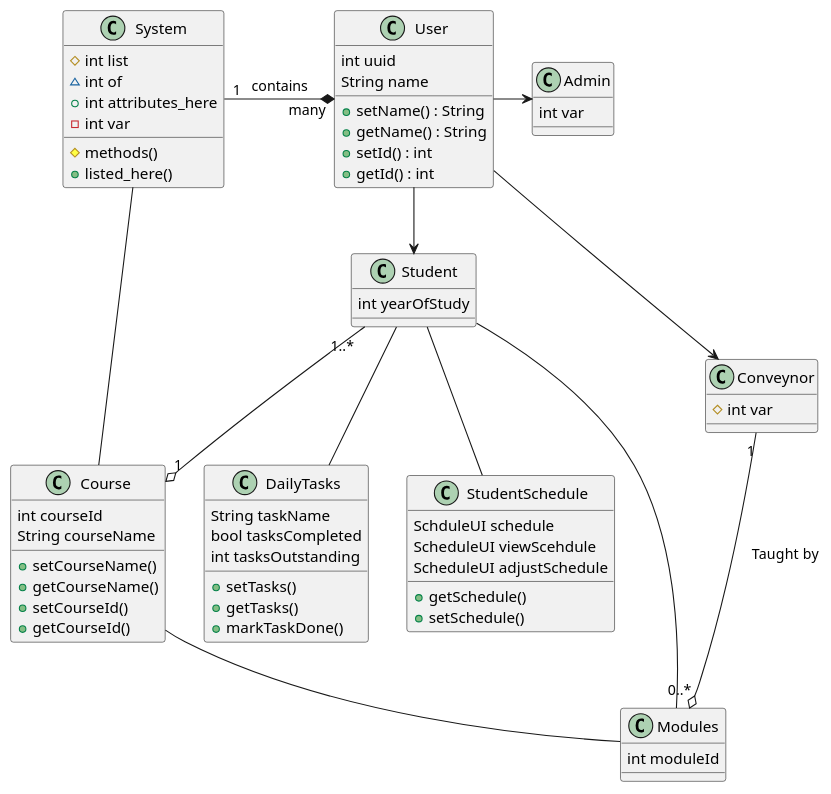
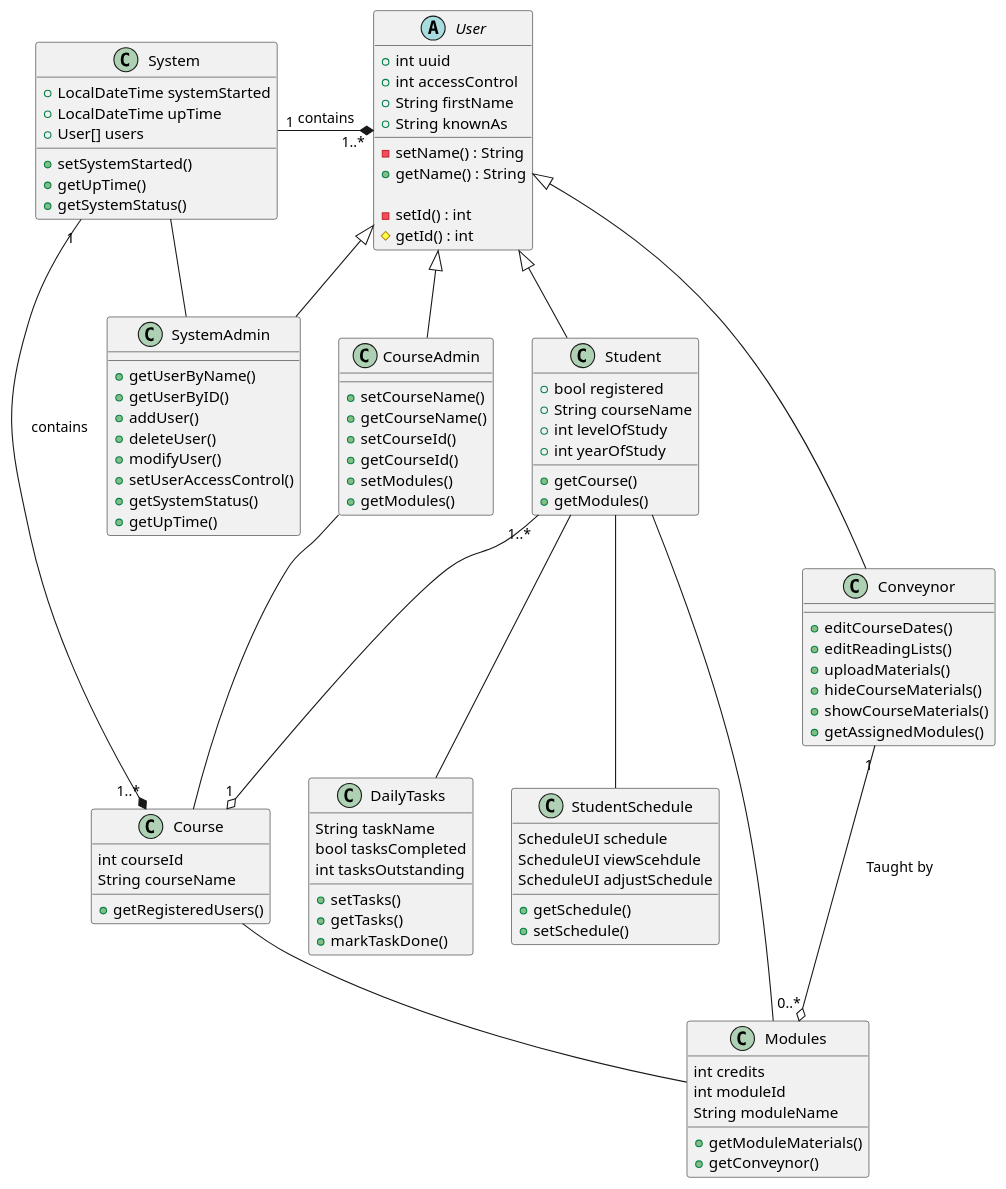
Before and after one commit to youssefsadquy/Study-Scheduler: the diagram in UML-Source/Class_Diagram.pu, drawn with PlantUML. The commit also changed other lines of this file and 3 other files, not shown here.

Commit message:
Added methods to class diagram

```diff
--- a/UML-Source/Class_Diagram.pu
+++ b/UML-Source/Class_Diagram.pu
@@ -15,86 +23,118 @@
 @startuml Class_Diagram
 
 class System {
-    #int list
-    ~int of
-    +int attributes_here
-    -int var
+    + LocalDateTime systemStarted
+    + LocalDateTime upTime
+    + User[] users
 
-    # methods()
-    + listed_here()
+    + setSystemStarted()
+    + getUpTime()
+    + getSystemStatus()
 }
 
-class User {
-    int uuid
-    String name
+abstract User {
+    + int uuid
+    + int accessControl
+    + String firstName
+    + String knownAs
 
-    + setName() : String
+    - setName() : String
     + getName() : String
-    + setId() : int
-    + getId() : int
+
+    - setId() : int
+    # getId() : int
 }
 
 class Student {
-    int yearOfStudy
+    + bool registered
+    + String courseName
+    + int levelOfStudy
+    + int yearOfStudy
+
+    + getCourse()
+    + getModules()
 }
 
 class Conveynor {
-    #int var
+    + editCourseDates()
+    + editReadingLists()
+    + uploadMaterials()
+    + hideCourseMaterials()
+    + showCourseMaterials()
+    + getAssignedModules()
 }
 
-class Admin {
-    int var
+class SystemAdmin {
+    + getUserByName()
+    + getUserByID()
+    + addUser()
+    + deleteUser()
+    + modifyUser()
+    + setUserAccessControl()
+    + getSystemStatus()
+    + getUpTime()
+}
+
+class CourseAdmin {
+    + setCourseName()
+    + getCourseName()
+    + setCourseId()
+    + getCourseId()
+    + setModules()
+    + getModules()
 }
 
 class Course {
     int courseId
     String courseName
-
-    + setCourseName()
-    + getCourseName()
-    + setCourseId()
-    + getCourseId()
-
+    + getRegisteredUsers()
 }
 
 class DailyTasks {
     String taskName
     bool tasksCompleted
     int tasksOutstanding
 
     + setTasks()
     + getTasks()
     + markTaskDone()
 }
 
 class StudentSchedule {
-    SchduleUI schedule
+    ScheduleUI schedule
     ScheduleUI viewScehdule
     ScheduleUI adjustSchedule
     + getSchedule()
     + setSchedule()
 }
 
 class Modules {
+    int credits
     int moduleId
+    String moduleName
+
+    + getModuleMaterials()
+    + getConveynor()
 }
 
 'System can exist without user but not the other way around
-System "1" -* "many" User : contains
+System "1" -* "1..*" User : contains
+System "1" -* "1..*" Course : contains
+System -- SystemAdmin
 
-User --> Conveynor
-User -> Admin
-User --> Student
+User <|-- Conveynor
+User <|-- SystemAdmin
+User <|-- CourseAdmin
+User <|-- Student
+
+Course -up- CourseAdmin
+Course -- Modules
 
 Conveynor "1" --o "0..*" Modules : "Taught by"
 Student "1..*" --o "1" Course
-Student -- Modules
-
-System -- Course
-
-Course -- Modules
+Student - Modules
 
 Student -- DailyTasks
 Student -- StudentSchedule
 
 @enduml
```
